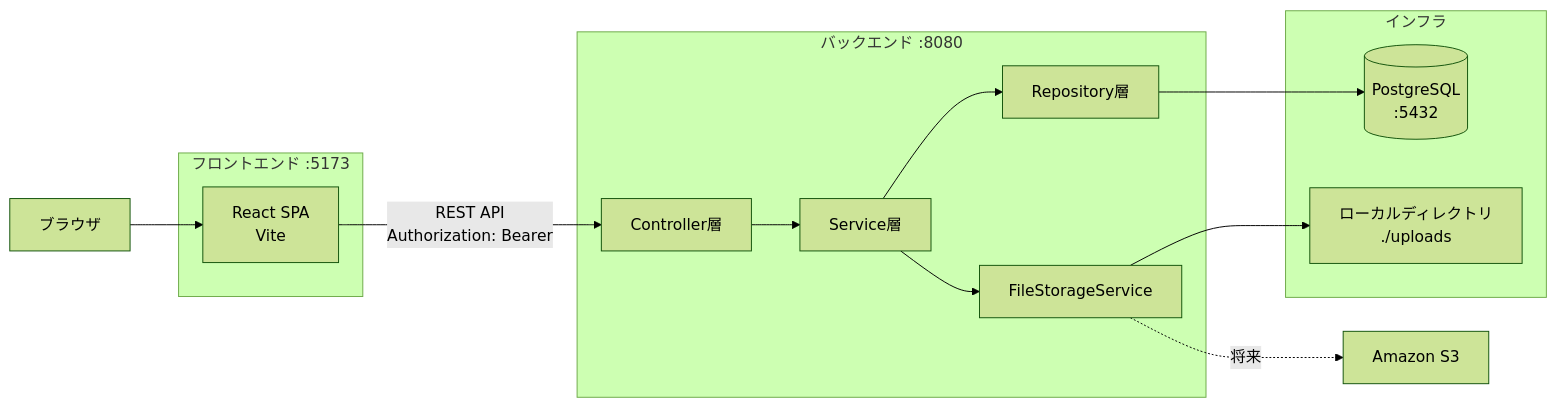
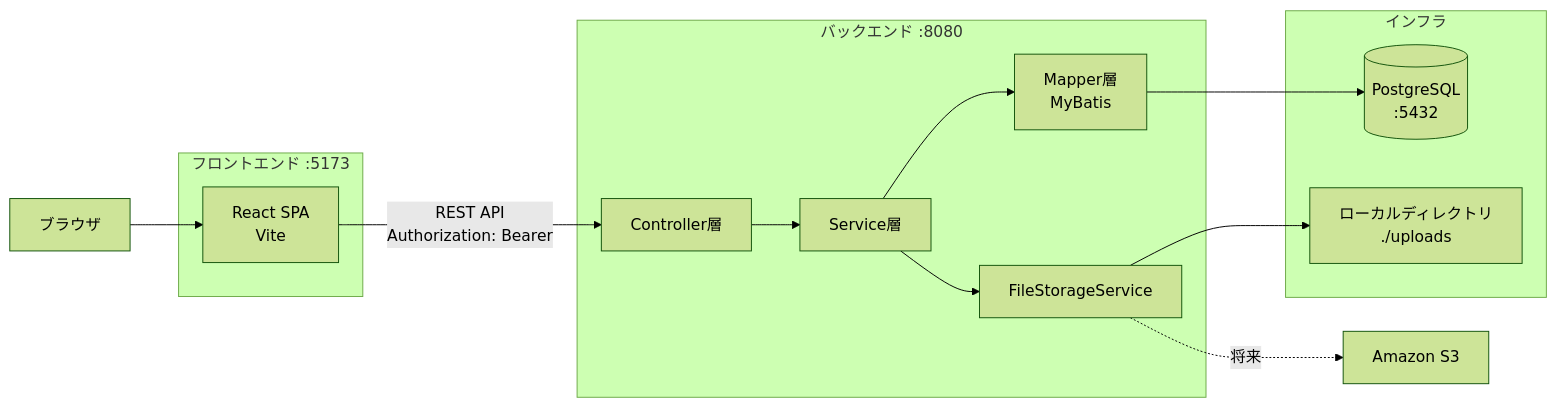
Before and after one commit to tomo-taka108/SnsTimeLineApp: the first of 2 diagrams in docs/07_architecture.md, drawn with Mermaid (forest theme). The commit also changed other lines of this file and 8 other files, not shown here.

````diff
--- a/docs/07_architecture.md
+++ b/docs/07_architecture.md
@@ -9,29 +9,29 @@
 ```mermaid
 flowchart LR
     B["ブラウザ"]
 
     subgraph Front["フロントエンド :5173"]
       R["React SPA<br/>Vite"]
     end
 
     subgraph Back["バックエンド :8080"]
       C["Controller層"]
       S["Service層"]
-      RP["Repository層"]
+      RP["Mapper層<br/>MyBatis"]
       FS["FileStorageService"]
     end
 
     subgraph Infra["インフラ"]
       DB[("PostgreSQL<br/>:5432")]
       L["ローカルディレクトリ<br/>./uploads"]
     end
 
     B --> R
     R -->|"REST API<br/>Authorization: Bearer"| C
     C --> S
     S --> RP
     S --> FS
     RP --> DB
     FS --> L
     FS -.->|"将来"| S3["Amazon S3"]
 ```
````
